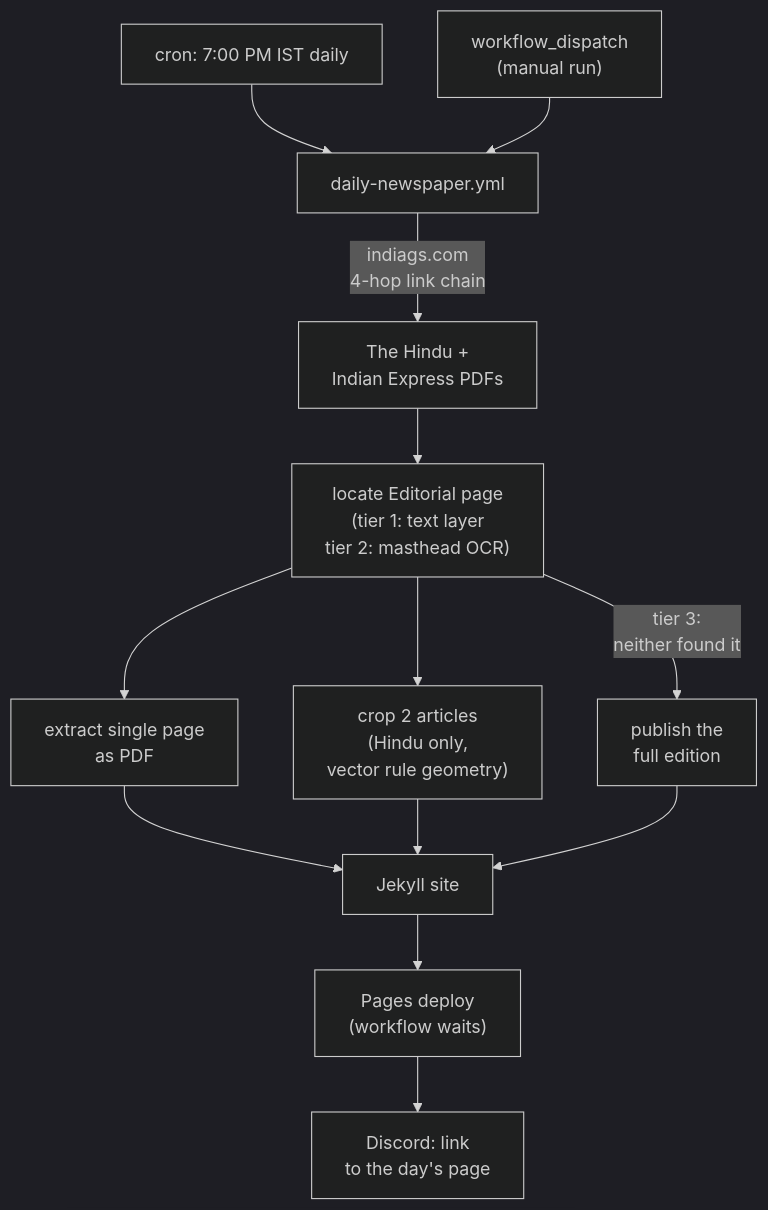
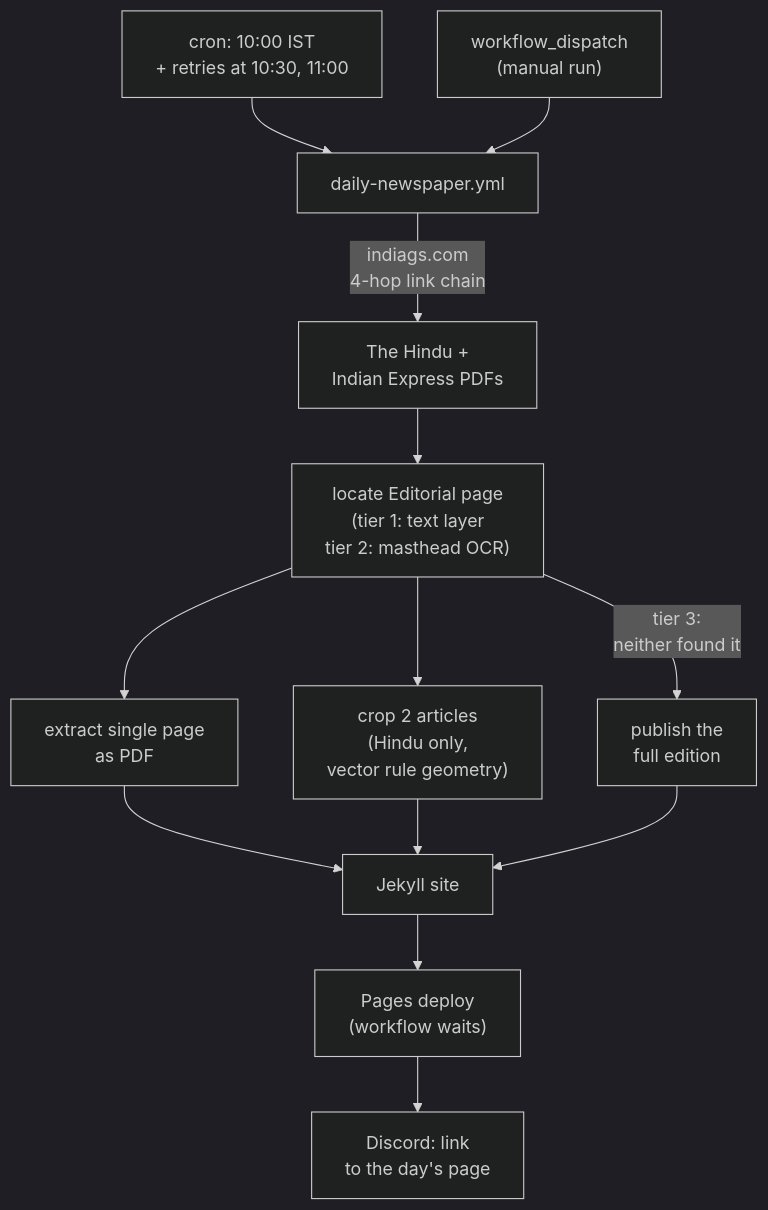
One commit to mantavyam/epaper-automation changed the first of 3 diagrams in README.md. Above: the diagram before and after it, drawn with Mermaid (dark theme). The commit also changed other lines of this file and 1 other file, not shown here.

First line of the commit message:
Run at 10:00 IST with two 30-minute retries

````diff
--- a/README.md
+++ b/README.md
@@ -12,15 +12,15 @@
 ```mermaid
 flowchart TD
-    cron["cron: 7:00 PM IST daily"] --> run["daily-newspaper.yml"]
+    cron["cron: 10:00 IST\n+ retries at 10:30, 11:00"] --> run["daily-newspaper.yml"]
     manual["workflow_dispatch\n(manual run)"] --> run
     run -->|"indiags.com\n4-hop link chain"| pdfs["The Hindu +\nIndian Express PDFs"]
     pdfs --> locate["locate Editorial page\n(tier 1: text layer\ntier 2: masthead OCR)"]
     locate --> single["extract single page\nas PDF"]
     locate --> crop["crop 2 articles\n(Hindu only,\nvector rule geometry)"]
     locate -->|"tier 3:\nneither found it"| full["publish the\nfull edition"]
     single --> site["Jekyll site"]
     crop --> site
     full --> site
     site --> pages["Pages deploy\n(workflow waits)"]
     pages --> discord["Discord: link\nto the day's page"]
 ```
````
